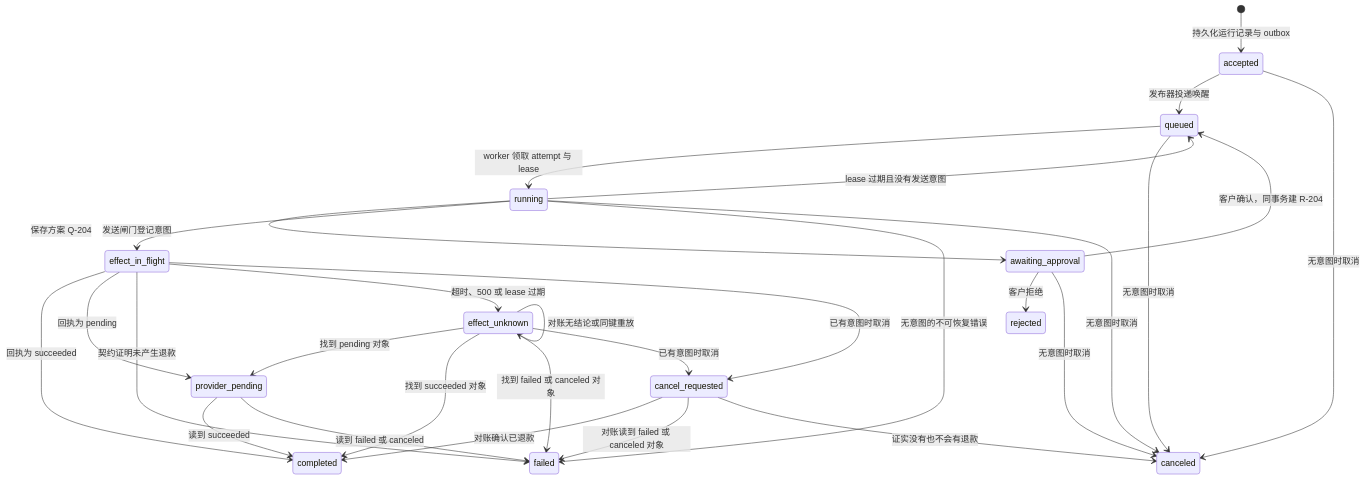
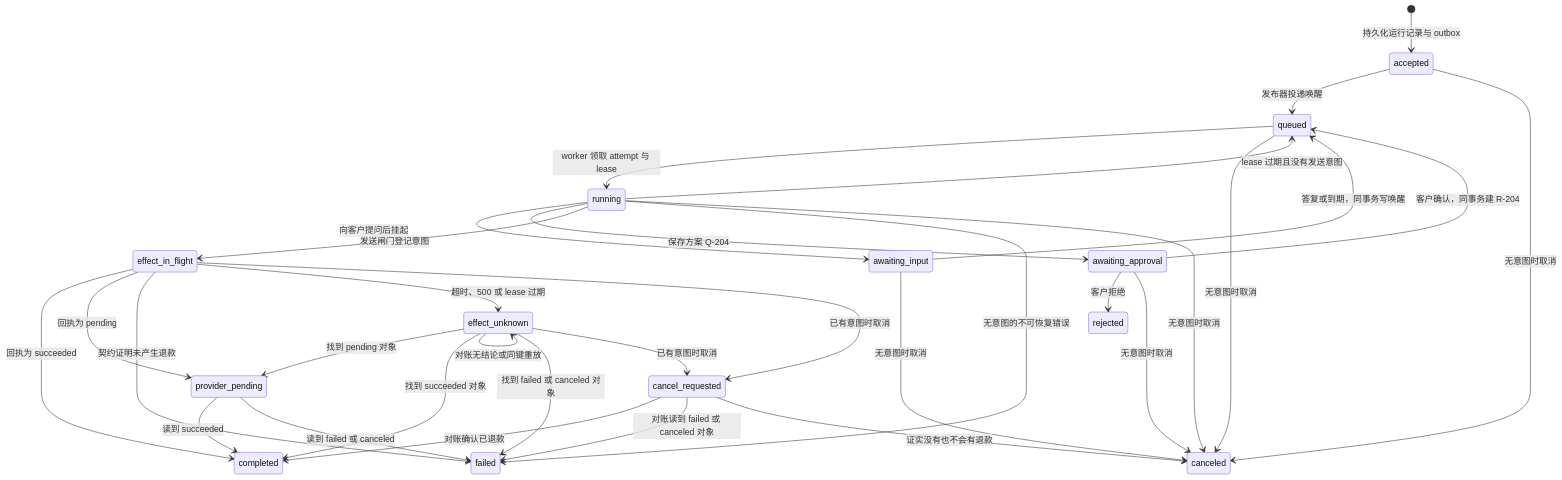
The diagram in ai-engineering/runs/run-identity-and-authoritative-state.md (Negronii/MyNotes), drawn with Mermaid before and after one commit. The commit also changed other lines of this file and 77 other files, not shown here.

````diff
--- a/ai-engineering/runs/run-identity-and-authoritative-state.md
+++ b/ai-engineering/runs/run-identity-and-authoritative-state.md
@@ -78,31 +78,34 @@
 ```mermaid
 stateDiagram-v2
     [*] --> accepted: 持久化运行记录与 outbox
     accepted --> queued: 发布器投递唤醒
     queued --> running: worker 领取 attempt 与 lease
     running --> queued: lease 过期且没有发送意图
+    running --> awaiting_input: 向客户提问后挂起
+    awaiting_input --> queued: 答复或到期，同事务写唤醒
     running --> awaiting_approval: 保存方案 Q-204
     awaiting_approval --> queued: 客户确认，同事务建 R-204
     awaiting_approval --> rejected: 客户拒绝
     running --> effect_in_flight: 发送闸门登记意图
     running --> failed: 无意图的不可恢复错误
     effect_in_flight --> completed: 回执为 succeeded
     effect_in_flight --> provider_pending: 回执为 pending
     effect_in_flight --> failed: 契约证明未产生退款
     effect_in_flight --> effect_unknown: 超时、500 或 lease 过期
     effect_unknown --> effect_unknown: 对账无结论或同键重放
     effect_unknown --> provider_pending: 找到 pending 对象
     effect_unknown --> completed: 找到 succeeded 对象
     effect_unknown --> failed: 找到 failed 或 canceled 对象
     provider_pending --> completed: 读到 succeeded
     provider_pending --> failed: 读到 failed 或 canceled
     effect_in_flight --> cancel_requested: 已有意图时取消
     effect_unknown --> cancel_requested: 已有意图时取消
     cancel_requested --> completed: 对账确认已退款
     cancel_requested --> failed: 对账读到 failed 或 canceled 对象
     cancel_requested --> canceled: 证实没有也不会有退款
     accepted --> canceled: 无意图时取消
     queued --> canceled: 无意图时取消
     running --> canceled: 无意图时取消
+    awaiting_input --> canceled: 无意图时取消
     awaiting_approval --> canceled: 无意图时取消
 ```
````
